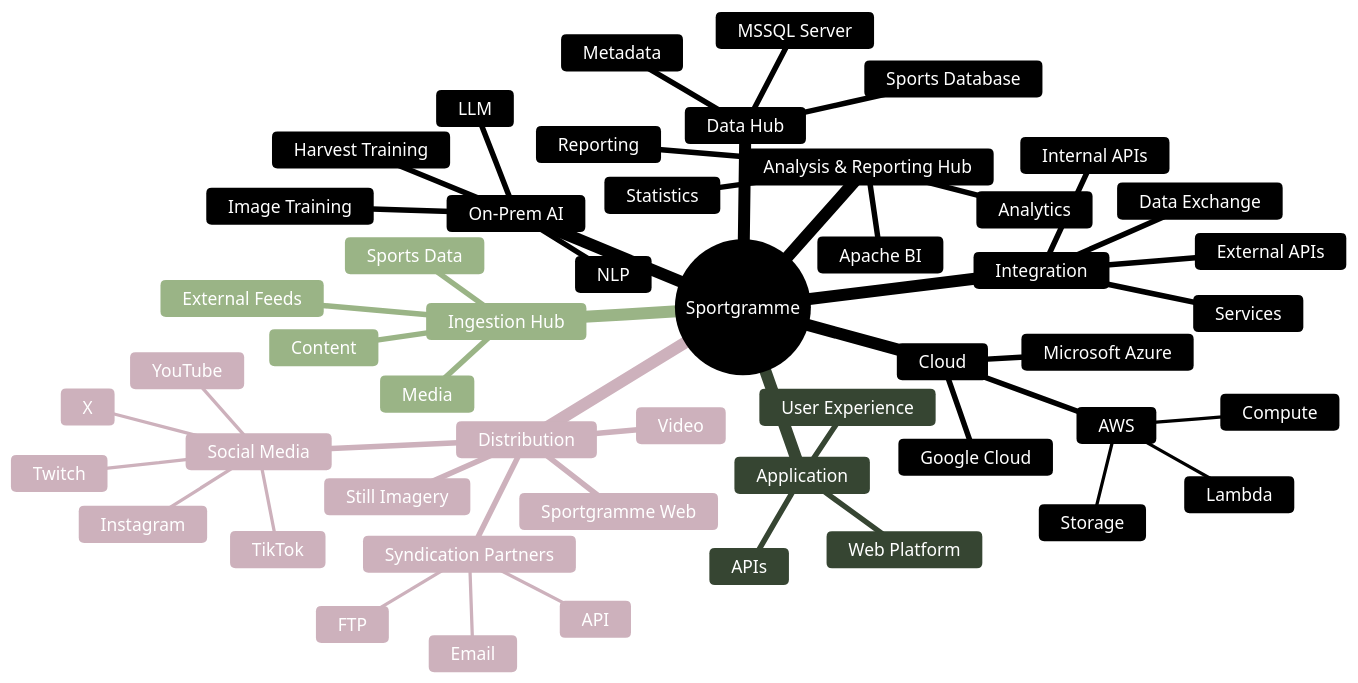
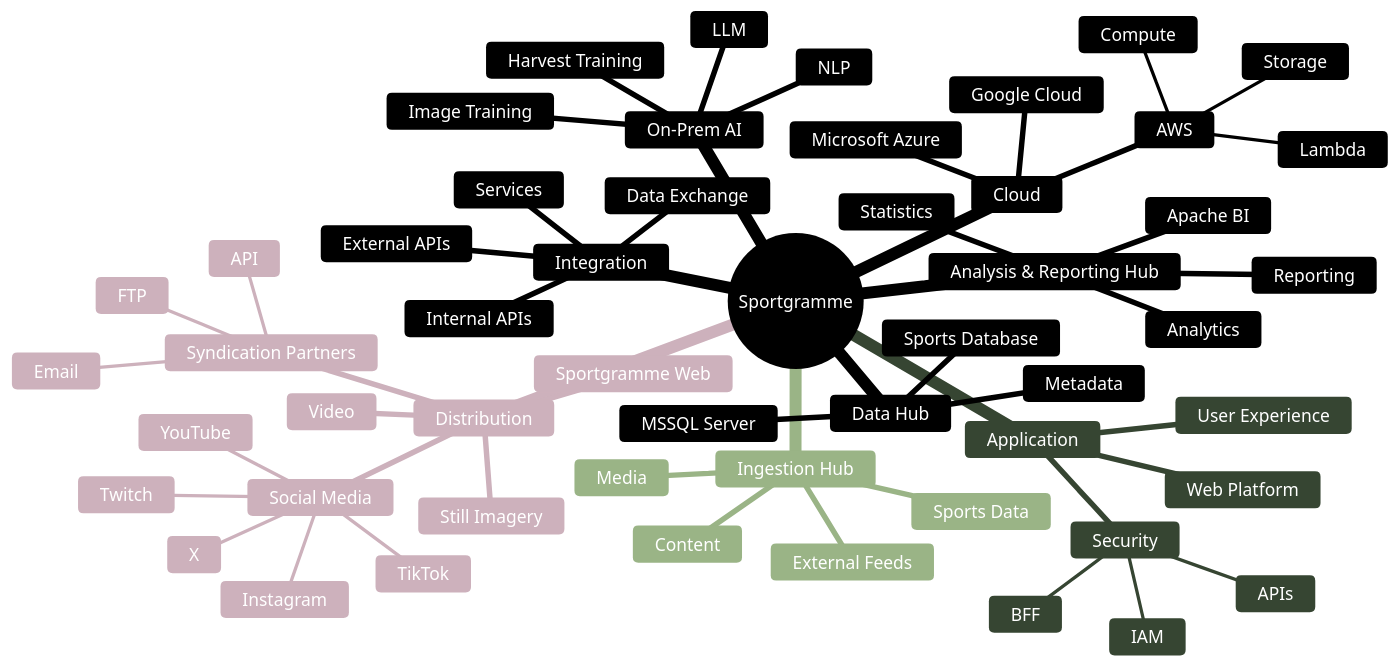
The diagram in Conceptual Views/IT and Integration Landscape.md (sportgramme/.github), drawn with Mermaid before and after one commit.

Commit message:
Add Security, BFF, and IAM to IT landscape

````diff
--- a/Conceptual Views/IT and Integration Landscape.md
+++ b/Conceptual Views/IT and Integration Landscape.md
@@ -24,77 +24,80 @@
 ```mermaid id="8q4m2x"
 %%{init: {
   "theme": "base",
   "themeVariables": {
     "background": "#F7F5EF",
     "primaryColor": "#2F4A32",
     "primaryTextColor": "#FFFFFF",
     "primaryBorderColor": "#233A27",
     "secondaryColor": "#6F8F68",
     "secondaryTextColor": "#FFFFFF",
     "tertiaryColor": "#DCE5D5",
     "tertiaryTextColor": "#263526",
     "lineColor": "#6F8068",
     "fontFamily": "Arial, Helvetica, sans-serif"
   }
 }}%%
 
 mindmap
   root((Sportgramme))
 
     Application
       Web Platform
       User Experience
-      APIs
+      Security
+       BFF
+       APIs
+       IAM
 
     Ingestion Hub
       Sports Data
       Content
       Media
       External Feeds
 
     Data Hub
       MSSQL Server
       Sports Database
       Metadata
 
     Analysis & Reporting Hub
       Apache BI
       Analytics
       Statistics
       Reporting
 
     On-Prem AI
       LLM
       NLP
       Image Training
       Harvest Training
 
     Cloud
       AWS
         Lambda
         Compute
         Storage
       Microsoft Azure
       Google Cloud
 
     Integration
       Internal APIs
       External APIs
       Data Exchange
       Services
 
     Distribution
       Sportgramme Web
       Social Media
         TikTok
         Instagram
         YouTube
         Twitch
         X
       Video
       Still Imagery
       Syndication Partners
         API
         FTP
         Email
 ```
````
